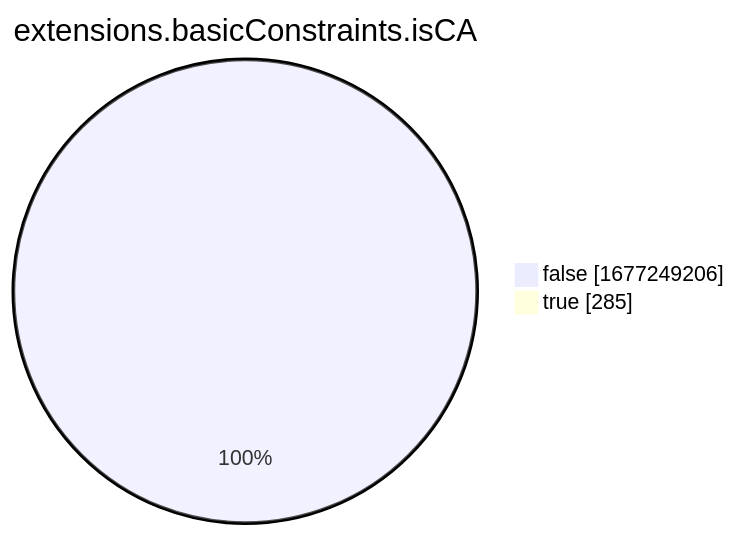
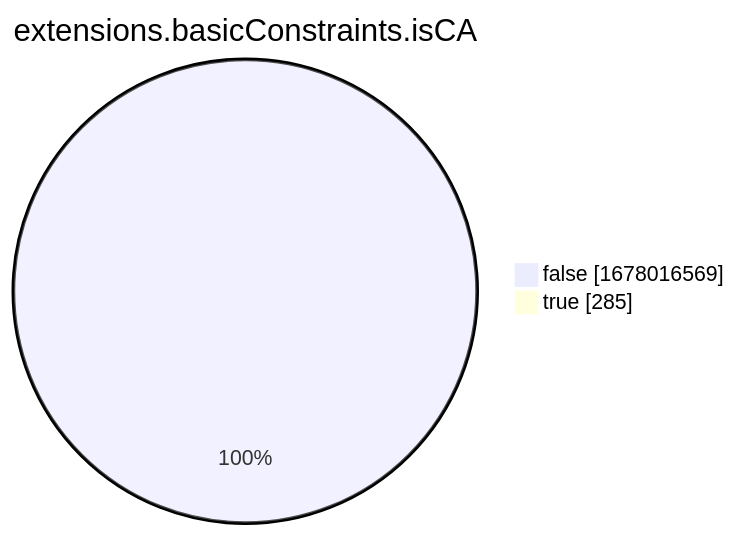
Before and after one commit to christiankrug/ctmonitor_visualization: the eighth of 15 diagrams in xenon2022/README.md, drawn with Mermaid. The commit also changed other lines of this file, not shown here.

````diff
--- a/xenon2022/README.md
+++ b/xenon2022/README.md
@@ -2865,6 +2865,6 @@
 ```mermaid
 pie showData
 title extensions.basicConstraints.isCA
-"false" :1677249206
+"false" :1678016569
 "true" :285
 ```
````
